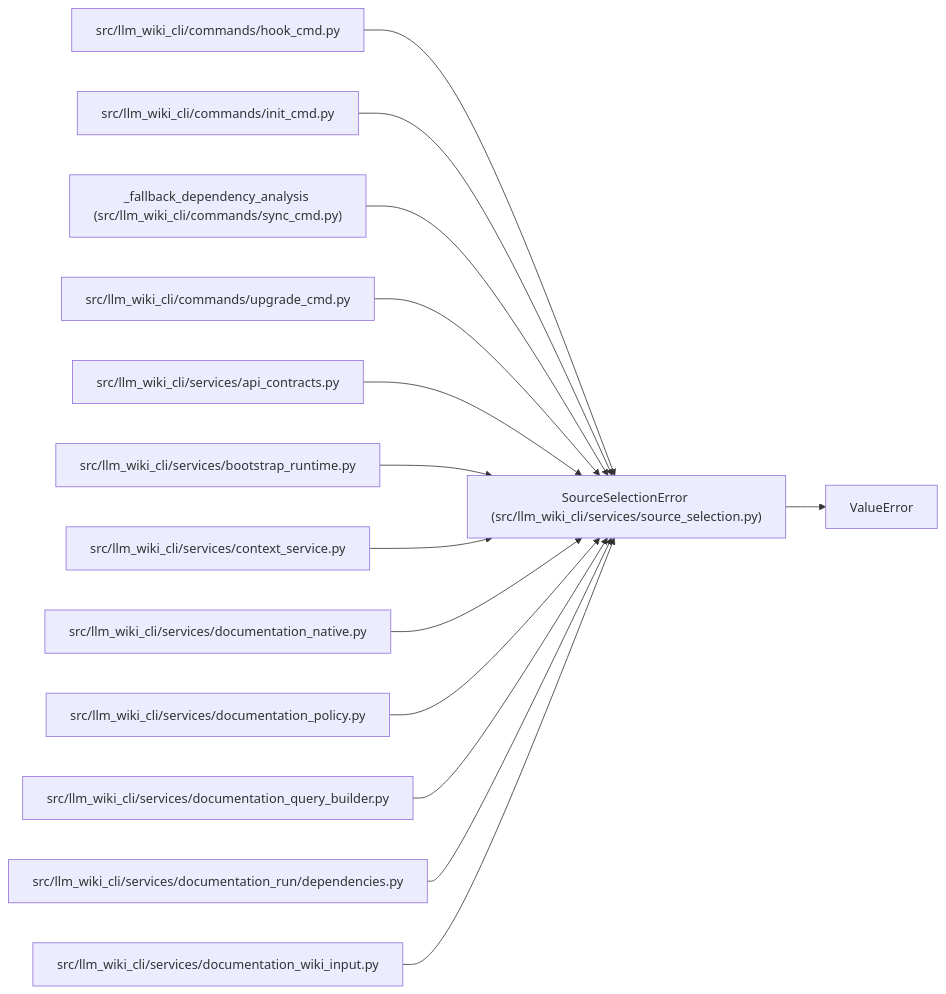
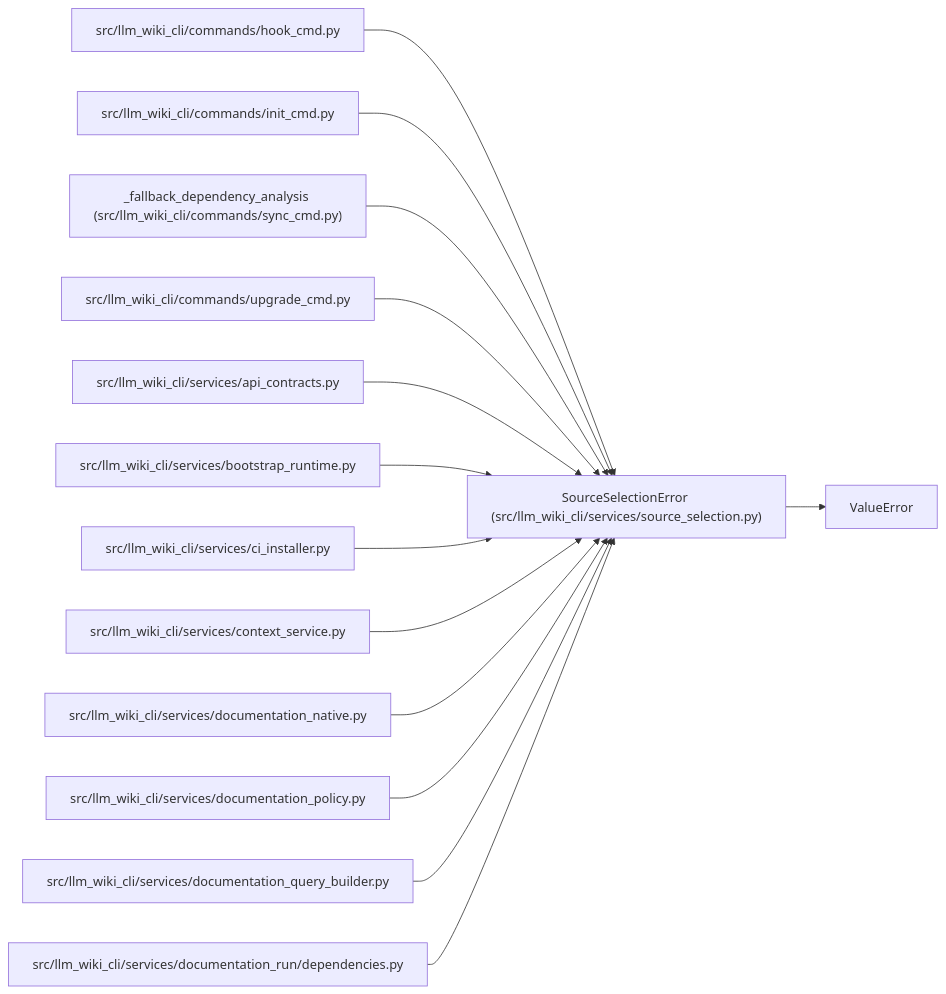
Before and after one commit to Denissvgn/python-wiki-llm: the diagram in docs/llm_wiki/entities/SourceSelectionError.md, drawn with Mermaid. The commit also changed other lines of this file and 48 other files, not shown here.

````diff
--- a/docs/llm_wiki/entities/SourceSelectionError.md
+++ b/docs/llm_wiki/entities/SourceSelectionError.md
@@ -25,43 +25,43 @@
 ```mermaid
 flowchart LR
     n0["SourceSelectionError (src/llm_wiki_cli/services/source_selection.py)"]
     n1["ValueError"]
     n2["src/llm_wiki_cli/commands/hook_cmd.py"]
     n3["src/llm_wiki_cli/commands/init_cmd.py"]
     n4["_fallback_dependency_analysis (src/llm_wiki_cli/commands/sync_cmd.py)"]
     n5["src/llm_wiki_cli/commands/upgrade_cmd.py"]
     n6["src/llm_wiki_cli/services/api_contracts.py"]
     n7["src/llm_wiki_cli/services/bootstrap_runtime.py"]
-    n8["src/llm_wiki_cli/services/context_service.py"]
-    n9["src/llm_wiki_cli/services/documentation_native.py"]
-    n10["src/llm_wiki_cli/services/documentation_policy.py"]
-    n11["src/llm_wiki_cli/services/documentation_query_builder.py"]
-    n12["src/llm_wiki_cli/services/documentation_run/dependencies.py"]
-    n13["src/llm_wiki_cli/services/documentation_wiki_input.py"]
+    n8["src/llm_wiki_cli/services/ci_installer.py"]
+    n9["src/llm_wiki_cli/services/context_service.py"]
+    n10["src/llm_wiki_cli/services/documentation_native.py"]
+    n11["src/llm_wiki_cli/services/documentation_policy.py"]
+    n12["src/llm_wiki_cli/services/documentation_query_builder.py"]
+    n13["src/llm_wiki_cli/services/documentation_run/dependencies.py"]
     n0 --> n1
     n2 --> n0
     n3 --> n0
     n4 --> n0
     n5 --> n0
     n6 --> n0
     n7 --> n0
     n8 --> n0
     n9 --> n0
     n10 --> n0
     n11 --> n0
     n12 --> n0
     n13 --> n0
     click n0 "../modules/source_selection.md"
     click n2 "../modules/hook_cmd.md"
     click n3 "../modules/init_cmd.md"
     click n4 "../modules/sync_cmd.md"
     click n5 "../modules/upgrade_cmd.md"
     click n6 "../modules/api_contracts.md"
     click n7 "../modules/bootstrap_runtime.md"
-    click n8 "../modules/context_service.md"
-    click n9 "../modules/documentation_native.md"
-    click n10 "../modules/documentation_policy.md"
-    click n11 "../modules/documentation_query_builder.md"
-    click n12 "../modules/documentation_run_dependencies.md"
-    click n13 "../modules/documentation_wiki_input.md"
+    click n8 "../modules/ci_installer.md"
+    click n9 "../modules/context_service.md"
+    click n10 "../modules/documentation_native.md"
+    click n11 "../modules/documentation_policy.md"
+    click n12 "../modules/documentation_query_builder.md"
+    click n13 "../modules/documentation_run_dependencies.md"
 ```
````
